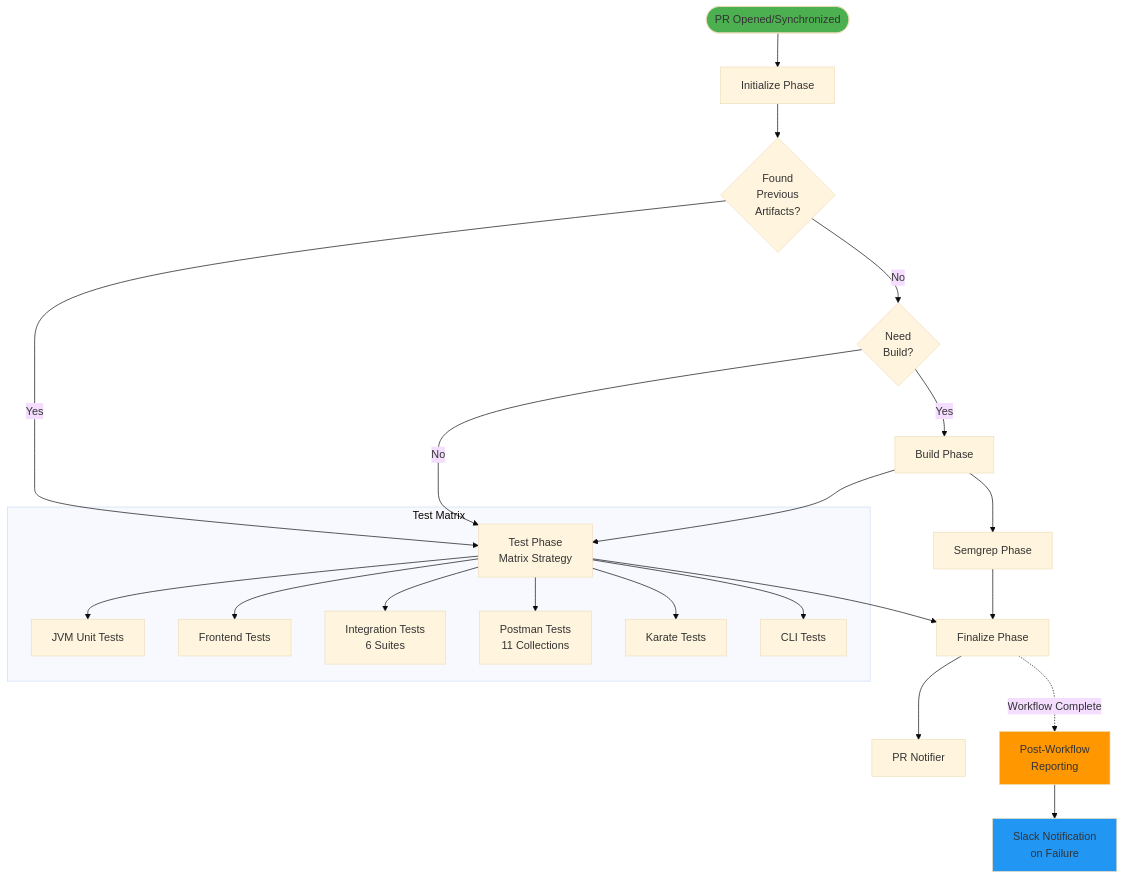
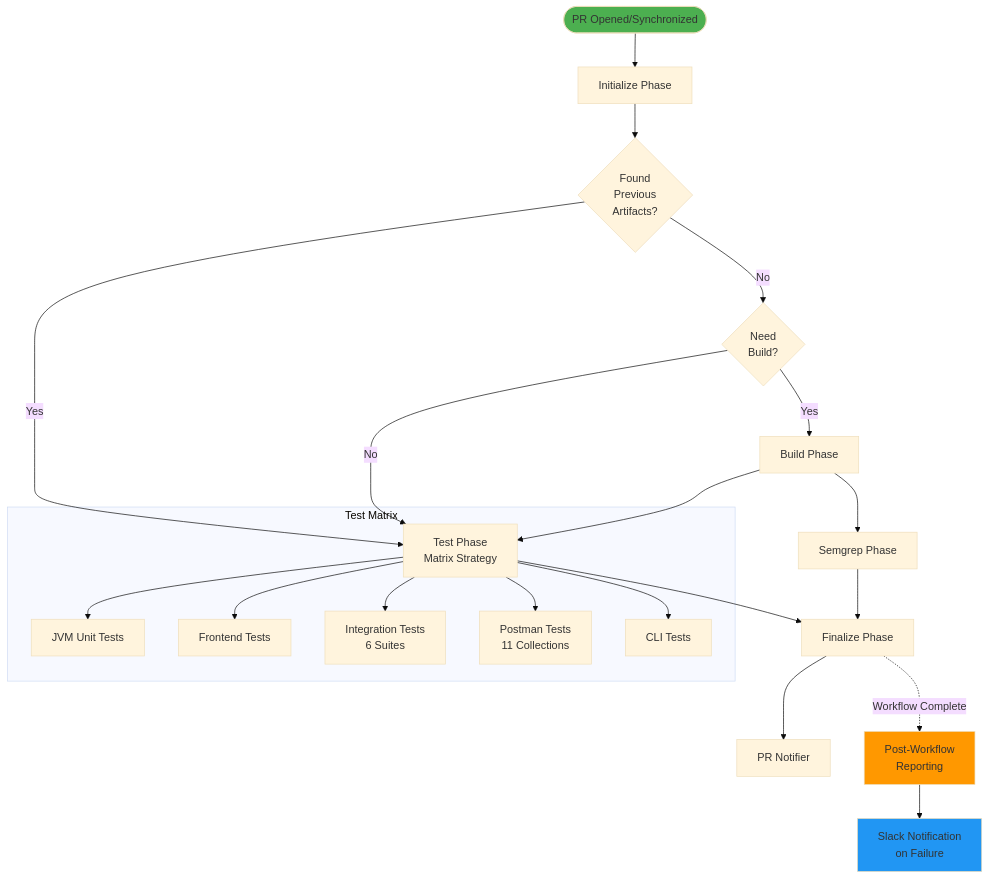
One commit to dotCMS/core changed the second of 6 diagrams in .github/workflows/WORKFLOW_ARCHITECTURE.md. Above: the diagram before and after it, drawn with Mermaid (base theme). The commit also changed other lines of this file and 71 other files, not shown here.

First line of the commit message:
ci: remove the Karate test module and its CI job

````diff
--- a/.github/workflows/WORKFLOW_ARCHITECTURE.md
+++ b/.github/workflows/WORKFLOW_ARCHITECTURE.md
@@ -280,35 +280,34 @@
 ```mermaid
 flowchart TD
     Start([PR Opened/Synchronized]) --> Init[Initialize Phase]
     Init --> CheckArtifacts{Found<br/>Previous<br/>Artifacts?}
     
     CheckArtifacts -->|No| CheckChanges{Need<br/>Build?}
     CheckArtifacts -->|Yes| Test
     
     CheckChanges -->|Yes| Build[Build Phase]
     CheckChanges -->|No| Test
     
     Build --> Test[Test Phase<br/>Matrix Strategy]
     Build --> Semgrep[Semgrep Phase]
     
     Test --> Finalize[Finalize Phase]
     Semgrep --> Finalize
     
     Finalize --> PRNotif[PR Notifier]
     Finalize -.Workflow Complete.-> Report[Post-Workflow<br/>Reporting]
     
     Report --> Slack[Slack Notification<br/>on Failure]
     
     subgraph "Test Matrix"
         Test --> JVM[JVM Unit Tests]
         Test --> Frontend[Frontend Tests]
         Test --> Integration[Integration Tests<br/>6 Suites]
         Test --> Postman[Postman Tests<br/>11 Collections]
-        Test --> Karate[Karate Tests]
         Test --> CLI[CLI Tests]
     end
     
     style Start fill:#4caf50
     style Report fill:#ff9800
     style Slack fill:#2196f3
 ```
````
